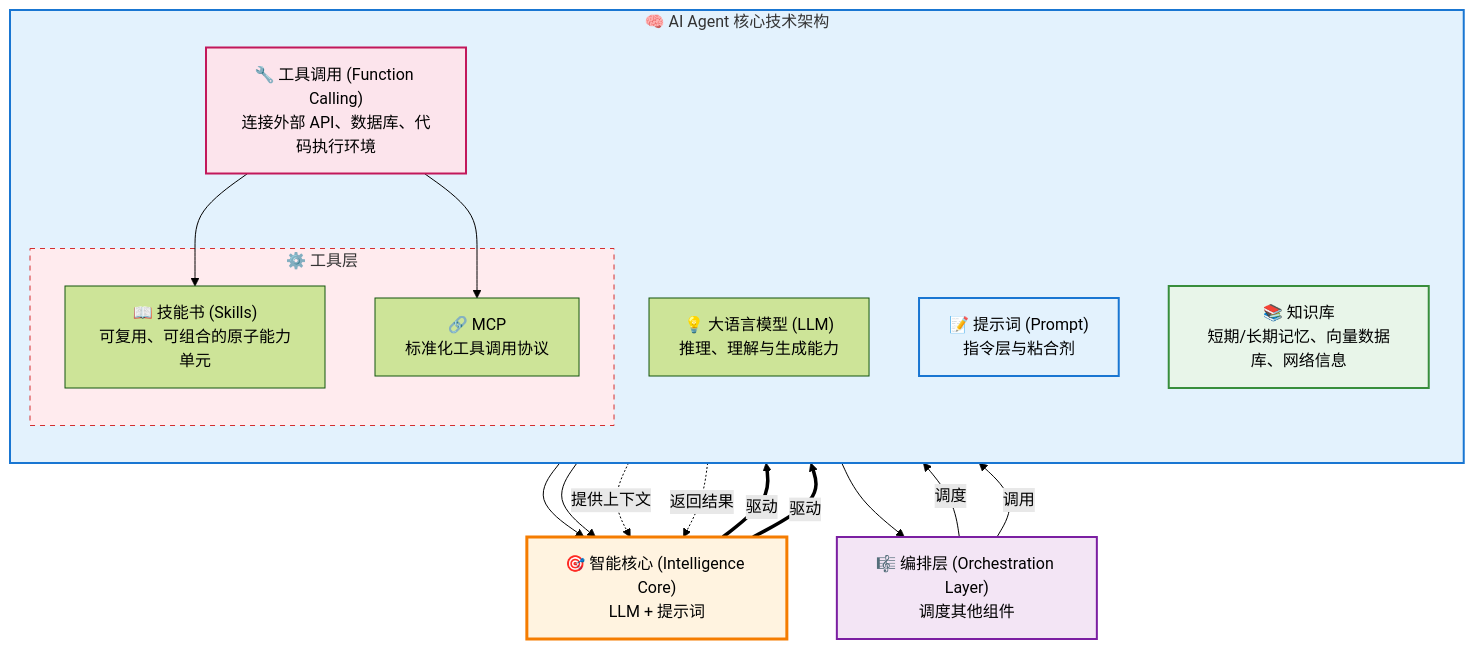
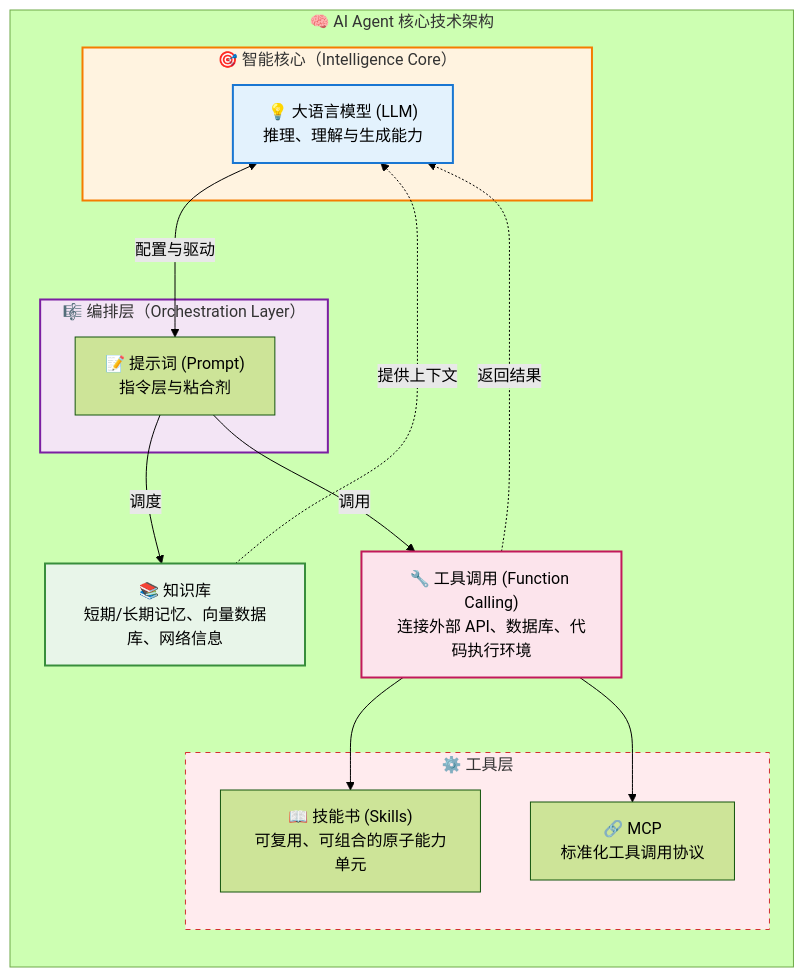
One commit to wb04307201/wb04307201 changed the first of 5 diagrams in note/11.ai/training/lession1/README.md. Above: the diagram before and after it, drawn with Mermaid (forest theme). The commit also changed other lines of this file and 2 other files, not shown here.

````diff
--- a/note/11.ai/training/lession1/README.md
+++ b/note/11.ai/training/lession1/README.md
@@ -30,54 +33,46 @@
 ```mermaid
 flowchart TB
     subgraph Core["🧠 AI Agent 核心技术架构"]
         direction TB
         
-        LLM["💡 大语言模型 (LLM)<br/>推理、理解与生成能力"]
+        subgraph IC["🎯 智能核心（Intelligence Core）"]
+            LLM["💡 大语言模型 (LLM)<br/>推理、理解与生成能力"]
+        end
         
-        Prompt["📝 提示词 (Prompt)<br/>指令层与粘合剂"]
+        subgraph OC["🎼 编排层（Orchestration Layer）"]
+            Prompt["📝 提示词 (Prompt)<br/>指令层与粘合剂"]
+        end
         
         Knowledge["📚 知识库<br/>短期/长期记忆、向量数据库、网络信息"]
         
         Tool["🔧 工具调用 (Function Calling)<br/>连接外部 API、数据库、代码执行环境"]
         
         subgraph ToolSub["⚙️ 工具层"]
             Skills["📖 技能书 (Skills)<br/>可复用、可组合的原子能力单元"]
             MCP["🔗 MCP<br/>标准化工具调用协议"]
         end
     end
     
-    IntelligenceCore["🎯 智能核心 (Intelligence Core)<br/>LLM + 提示词"]
-    
-    Orchestration["🎼 编排层 (Orchestration Layer)<br/>调度其他组件"]
-    
-    LLM --> IntelligenceCore
-    Prompt --> IntelligenceCore
-    Prompt --> Orchestration
-    
-    Orchestration -->|调度 | Knowledge
-    Orchestration -->|调用 | Tool
-    
+    LLM <-->|配置与驱动| Prompt
+    Prompt -->|调度| Knowledge
+    Prompt -->|调用| Tool
     Tool --> Skills
     Tool --> MCP
-    
-    IntelligenceCore ==>|驱动 | Knowledge
-    IntelligenceCore ==>|驱动 | Tool
-    
-    Knowledge -.->|提供上下文 | IntelligenceCore
-    Tool -.->|返回结果 | IntelligenceCore
+    Knowledge -.->|提供上下文| LLM
+    Tool -.->|返回结果| LLM
     
     classDef core fill:#e3f2fd,stroke:#1976d2,stroke-width:2px
-    classDef intelligence fill:#fff3e0,stroke:#f57c00,stroke-width:3px
+    classDef intelligence fill:#fff3e0,stroke:#f57c00,stroke-width:2px
     classDef orchestration fill:#f3e5f5,stroke:#7b1fa2,stroke-width:2px
     classDef knowledge fill:#e8f5e9,stroke:#388e3c,stroke-width:2px
     classDef tool fill:#fce4ec,stroke:#c2185b,stroke-width:2px
     classDef toolsub fill:#ffebee,stroke:#d32f2f,stroke-width:1px,stroke-dasharray: 5 5
     
-    class IntelligenceCore intelligence
-    class Orchestration orchestration
+    class LLM core
+    class IC intelligence
+    class OC orchestration
     class Knowledge knowledge
     class Tool tool
     class ToolSub toolsub
-    class Core,Llm,Prompt core
 
 ```
````
